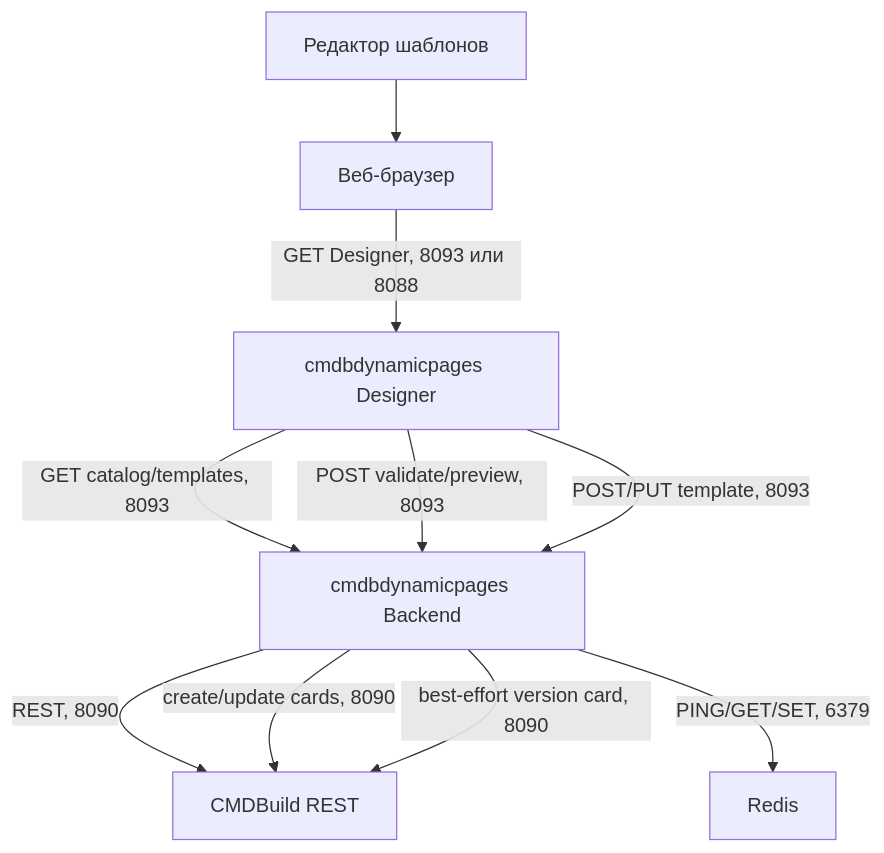
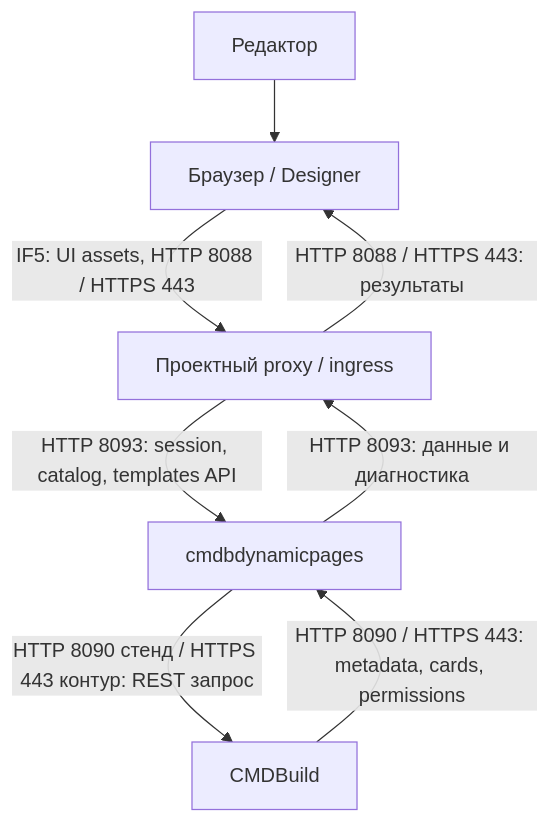
The first of 3 diagrams in aa/business-processes.md (igorlyapin-max/cmdbdynamicpages), drawn with Mermaid before and after one commit. The commit also changed other lines of this file and 31 other files, not shown here.

Commit message:
docs(architecture): align AA maps and add workbook validation

````diff
--- a/aa/business-processes.md
+++ b/aa/business-processes.md
@@ -5,12 +7,10 @@
 ```mermaid
 flowchart TD
-  U[Редактор шаблонов] --> B[Веб-браузер]
-  B -->|GET Designer, 8093 или 8088| D[cmdbdynamicpages Designer]
-  D -->|GET catalog/templates, 8093| API[cmdbdynamicpages Backend]
-  API -->|REST, 8090| C[CMDBuild REST]
-  API -->|PING/GET/SET, 6379| R[Redis]
-  D -->|POST validate/preview, 8093| API
-  D -->|POST/PUT template, 8093| API
-  API -->|create/update cards, 8090| C
-  API -->|best-effort version card, 8090| C
+  User[Редактор] --> Browser[Браузер / Designer]
+  Browser -->|IF5: UI assets, HTTP 8088 / HTTPS 443| Front[Проектный proxy / ingress]
+  Front -->|HTTP 8093: session, catalog, templates API| Backend[cmdbdynamicpages]
+  Backend -->|HTTP 8090 стенд / HTTPS 443 контур: REST запрос| CMDB[CMDBuild]
+  CMDB -->|HTTP 8090 / HTTPS 443: metadata, cards, permissions| Backend
+  Backend -->|HTTP 8093: данные и диагностика| Front
+  Front -->|HTTP 8088 / HTTPS 443: результаты| Browser
 ```
````
